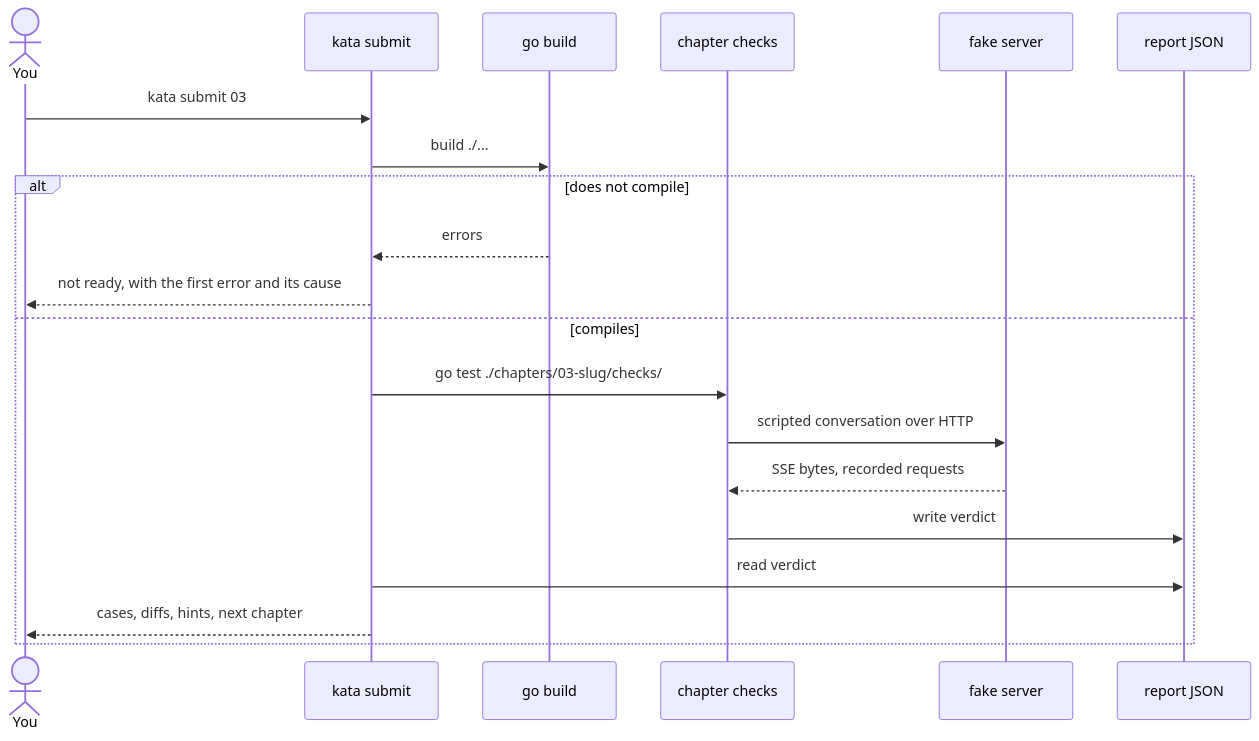
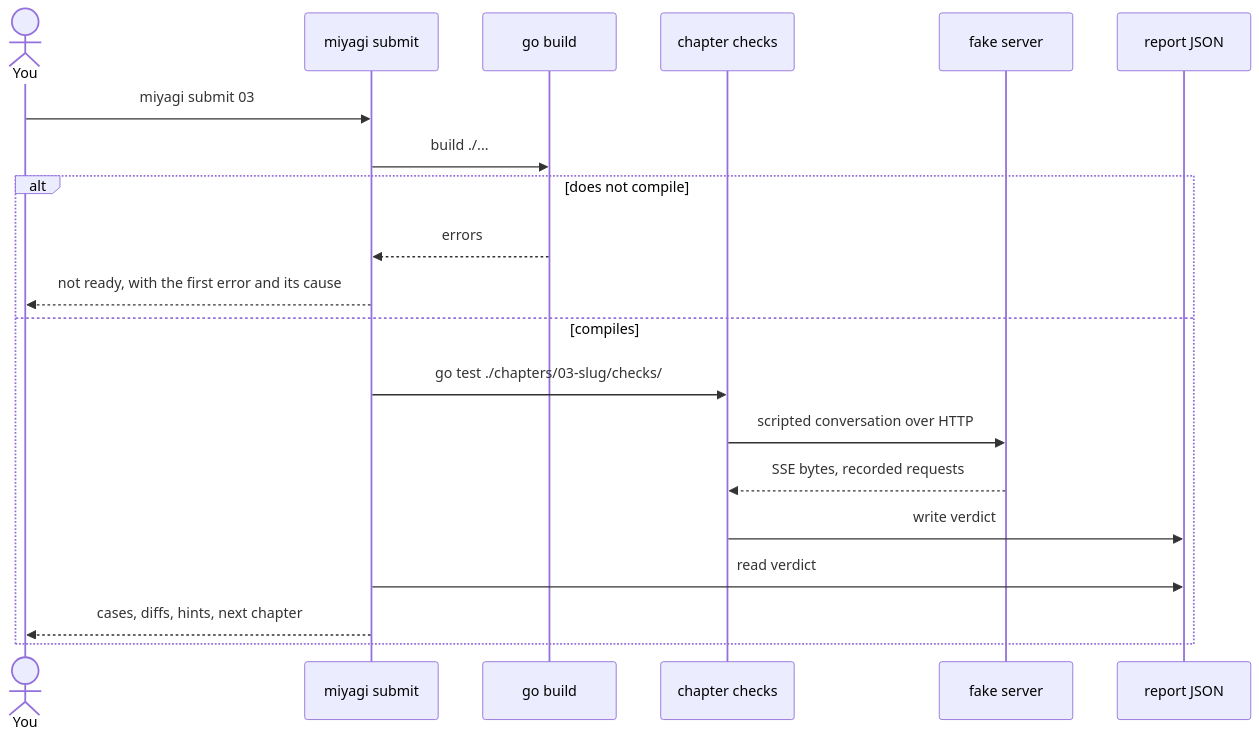
The second of 4 diagrams in docs/architecture.md (theakhandpatel/kata), drawn with Mermaid before and after one commit. The commit also changed other lines of this file and 97 other files, not shown here.

````diff
--- a/docs/architecture.md
+++ b/docs/architecture.md
@@ -60,23 +60,23 @@
 ```mermaid
 sequenceDiagram
     actor You
-    participant CLI as kata submit
+    participant CLI as miyagi submit
     participant Go as go build
     participant Test as chapter checks
     participant Fake as fake server
     participant Rep as report JSON
 
-    You->>CLI: kata submit 03
+    You->>CLI: miyagi submit 03
     CLI->>Go: build ./...
     alt does not compile
         Go-->>CLI: errors
         CLI-->>You: not ready, with the first error and its cause
     else compiles
         CLI->>Test: go test ./chapters/03-slug/checks/
         Test->>Fake: scripted conversation over HTTP
         Fake-->>Test: SSE bytes, recorded requests
         Test->>Rep: write verdict
         CLI->>Rep: read verdict
         CLI-->>You: cases, diffs, hints, next chapter
     end
 ```
````
